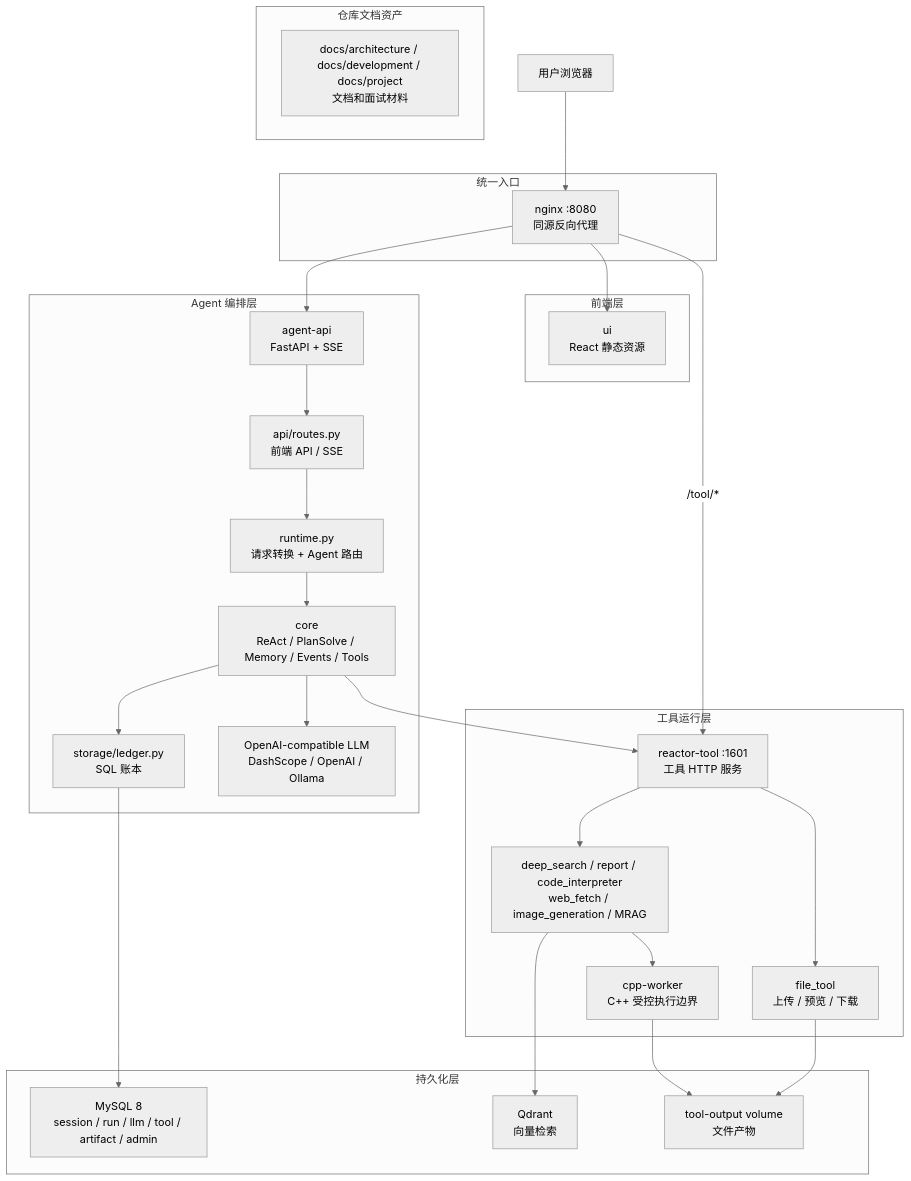
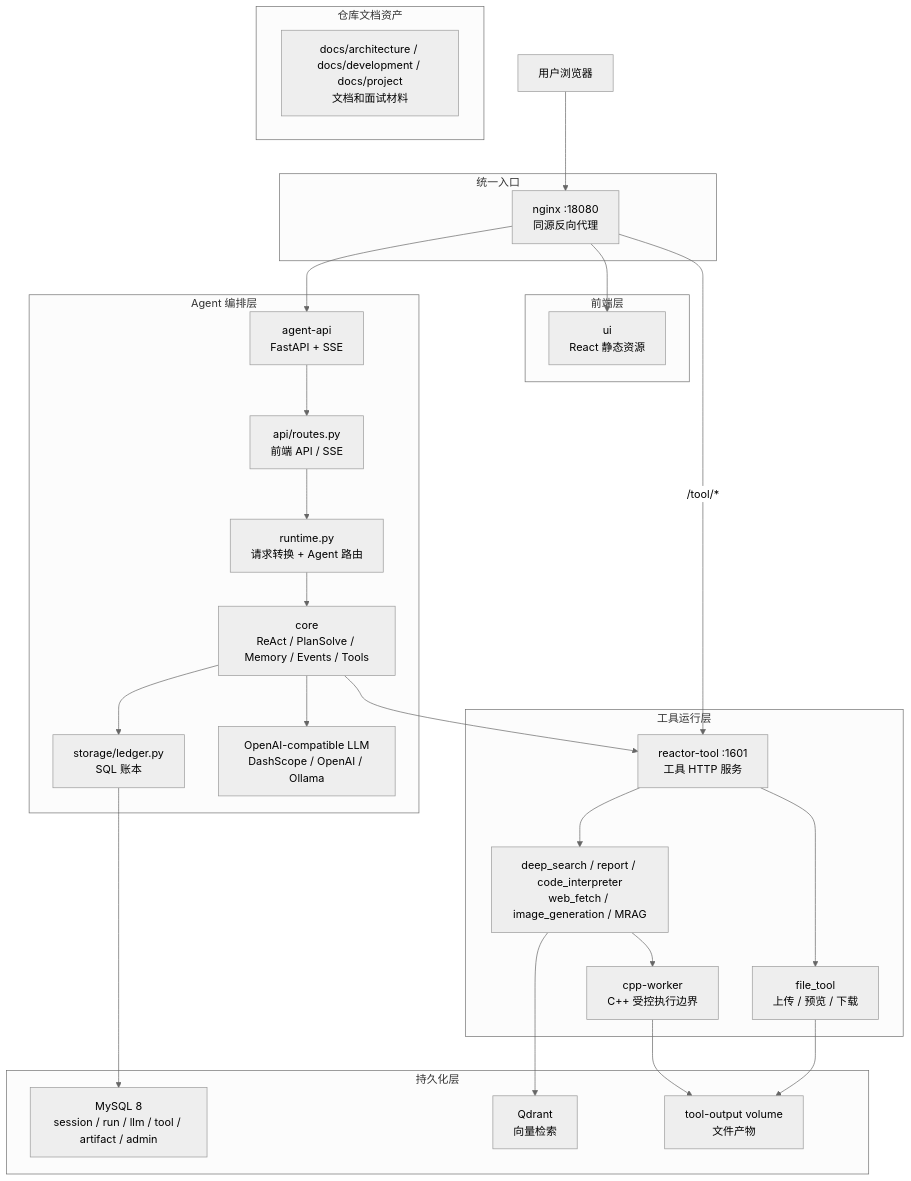
Before and after one commit to MiRuiZhi/MRZ-s-ai-agent: the first of 3 diagrams in docs/architecture/design.md, drawn with Mermaid (neutral theme). The commit also changed other lines of this file and 6 other files, not shown here.

````diff
--- a/docs/architecture/design.md
+++ b/docs/architecture/design.md
@@ -38,54 +38,54 @@
 ```mermaid
 flowchart TB
     User["用户浏览器"]
 
     subgraph Edge["统一入口"]
-        Nginx["nginx :8080\n同源反向代理"]
+        Nginx["nginx :18080\n同源反向代理"]
     end
 
     subgraph Frontend["前端层"]
         UI["ui\nReact 静态资源"]
     end
 
     subgraph AgentService["Agent 编排层"]
         API["agent-api\nFastAPI + SSE"]
         Routes["api/routes.py\n前端 API / SSE"]
         Runtime["runtime.py\n请求转换 + Agent 路由"]
         Core["core\nReAct / PlanSolve / Memory / Events / Tools"]
         SqlLedger["storage/ledger.py\nSQL 账本"]
         LLM["OpenAI-compatible LLM\nDashScope / OpenAI / Ollama"]
     end
 
     subgraph ToolService["工具运行层"]
         ToolRuntime["reactor-tool :1601\n工具 HTTP 服务"]
         FileService["file_tool\n上传 / 预览 / 下载"]
         Tools["deep_search / report / code_interpreter\nweb_fetch / image_generation / MRAG"]
         Cpp["cpp-worker\nC++ 受控执行边界"]
     end
 
     subgraph Storage["持久化层"]
         MySQL["MySQL 8\nsession / run / llm / tool / artifact / admin"]
         Qdrant["Qdrant\n向量检索"]
         ToolVolume["tool-output volume\n文件产物"]
     end
 
     subgraph RepoOnly["仓库文档资产"]
         Docs["docs/architecture / docs/development / docs/project\n文档和面试材料"]
     end
 
     User --> Nginx
     Nginx --> UI
     Nginx --> API
     Nginx -->|"/tool/*"| ToolRuntime
 
     API --> Routes --> Runtime --> Core
     Core --> LLM
     Core --> SqlLedger --> MySQL
     Core --> ToolRuntime
 
     ToolRuntime --> FileService --> ToolVolume
     ToolRuntime --> Tools
     Tools --> Qdrant
     Tools --> Cpp
     Cpp --> ToolVolume
 ```
````
